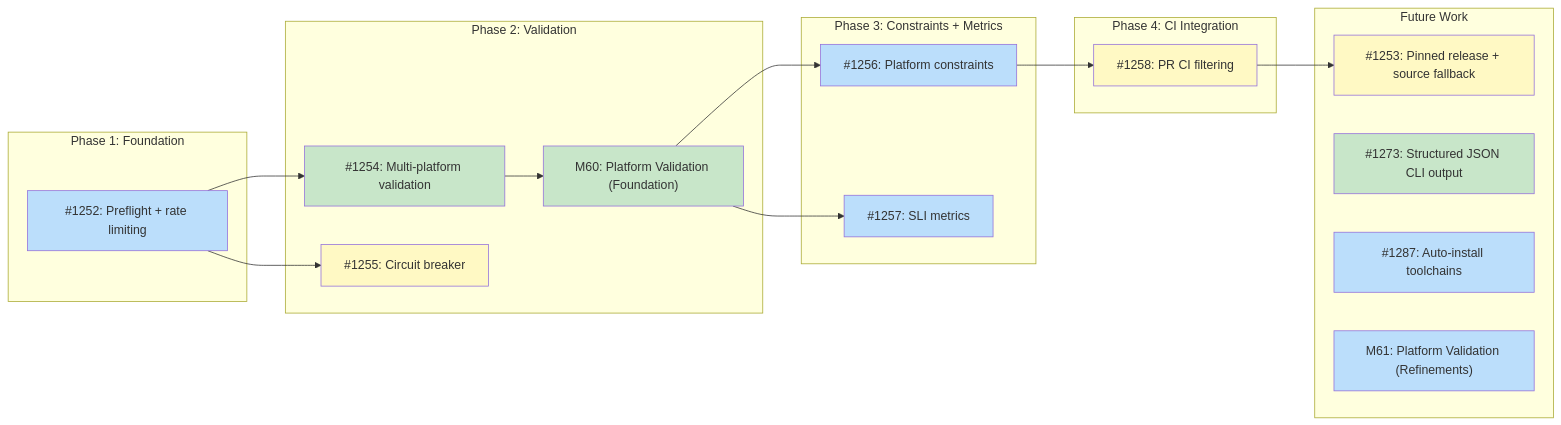
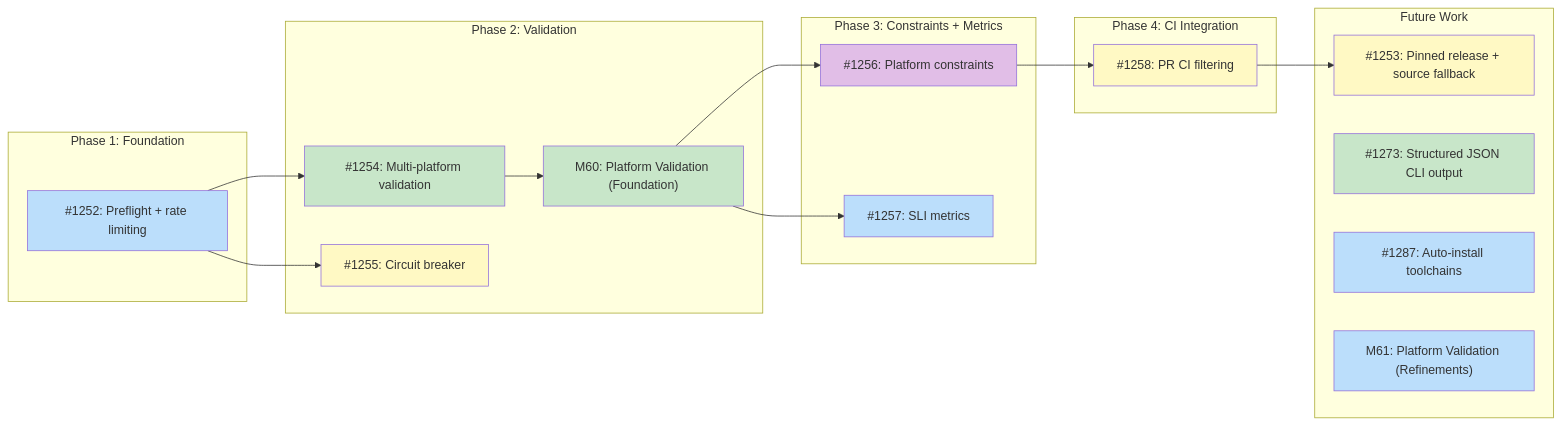
The diagram in docs/designs/DESIGN-batch-recipe-generation.md (tsukumogami/tsuku), drawn with Mermaid before and after one commit. The commit also changed 1 other file, not shown here.

Commit message:
docs(design): fix diagram validation failures
Remove M60/M61 from subgraph display labels in platform validation
design to avoid MM11 false positives. Mark #1256 as needsDesign in
batch recipe generation diagram to match its GitHub label.

````diff
--- a/docs/designs/DESIGN-batch-recipe-generation.md
+++ b/docs/designs/DESIGN-batch-recipe-generation.md
@@ -32,47 +32,48 @@
 ```mermaid
 graph LR
     subgraph Phase1["Phase 1: Foundation"]
         I1252["#1252: Preflight + rate limiting"]
     end
 
     subgraph Phase2["Phase 2: Validation"]
         I1254["#1254: Multi-platform validation"]
         I1255["#1255: Circuit breaker"]
         M60["M60: Platform Validation (Foundation)"]
     end
 
     subgraph Phase3["Phase 3: Constraints + Metrics"]
         I1256["#1256: Platform constraints"]
         I1257["#1257: SLI metrics"]
     end
 
     subgraph Phase4["Phase 4: CI Integration"]
         I1258["#1258: PR CI filtering"]
     end
 
     subgraph Future["Future Work"]
         I1253["#1253: Pinned release + source fallback"]
         I1273["#1273: Structured JSON CLI output"]
         I1287["#1287: Auto-install toolchains"]
         M61["M61: Platform Validation (Refinements)"]
     end
 
     I1252 --> I1254
     I1252 --> I1255
     I1254 --> M60
     M60 --> I1256
     M60 --> I1257
     I1256 --> I1258
     I1258 --> I1253
 
     classDef done fill:#c8e6c9
     classDef ready fill:#bbdefb
     classDef blocked fill:#fff9c4
     classDef needsDesign fill:#e1bee7
 
     class I1252 ready
     class I1253 blocked
     class I1254,I1273,M60 done
-    class I1287,I1256,I1257,M61 ready
+    class I1287,I1257,M61 ready
+    class I1256 needsDesign
     class I1255,I1258 blocked
 ```
````
